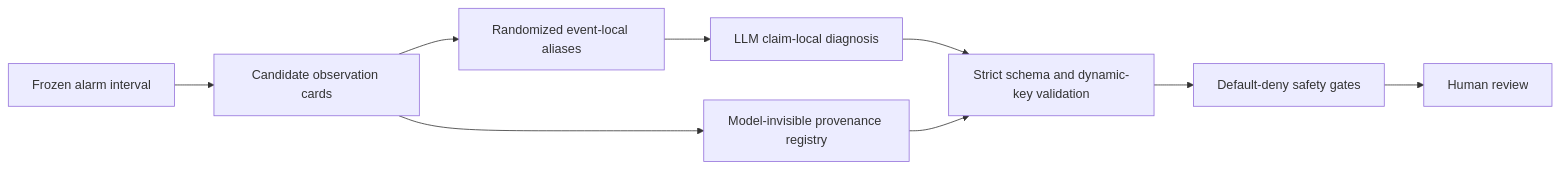
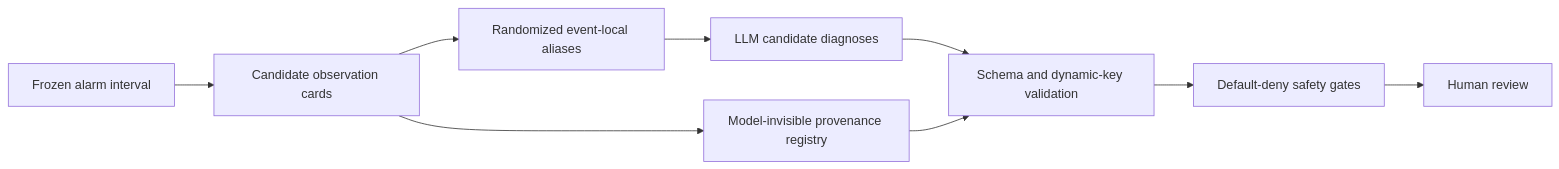
One commit to lplsaiorg/AuditableEvidenceBindingIndustrialPostAlarmDiagnosis changed the diagram in README.md. Above: the diagram before and after it, drawn with Mermaid. The commit also changed other lines of this file, not shown here.

````diff
--- a/README.md
+++ b/README.md
@@ -41,11 +37,11 @@
 ```mermaid
 flowchart LR
     A[Frozen alarm interval] --> B[Candidate observation cards]
     B --> C[Randomized event-local aliases]
-    C --> D[LLM claim-local diagnosis]
+    C --> D[LLM candidate diagnoses]
     B --> E[Model-invisible provenance registry]
-    D --> F[Strict schema and dynamic-key validation]
+    D --> F[Schema and dynamic-key validation]
     E --> F
     F --> G[Default-deny safety gates]
     G --> H[Human review]
 ```
````
